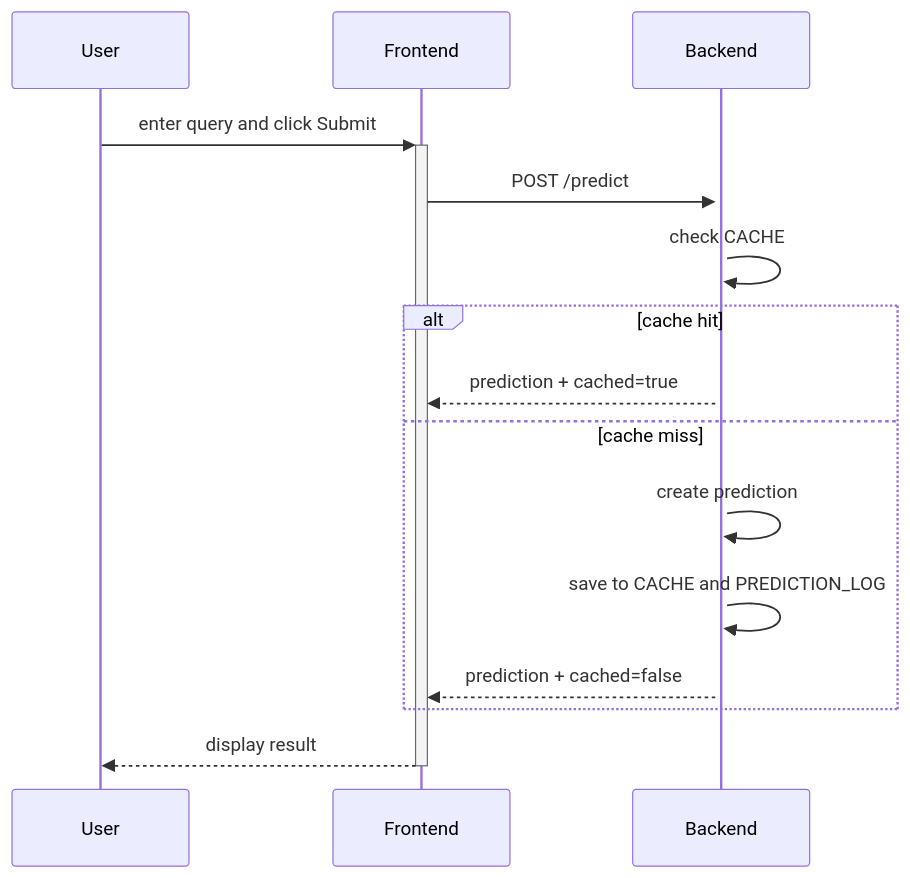
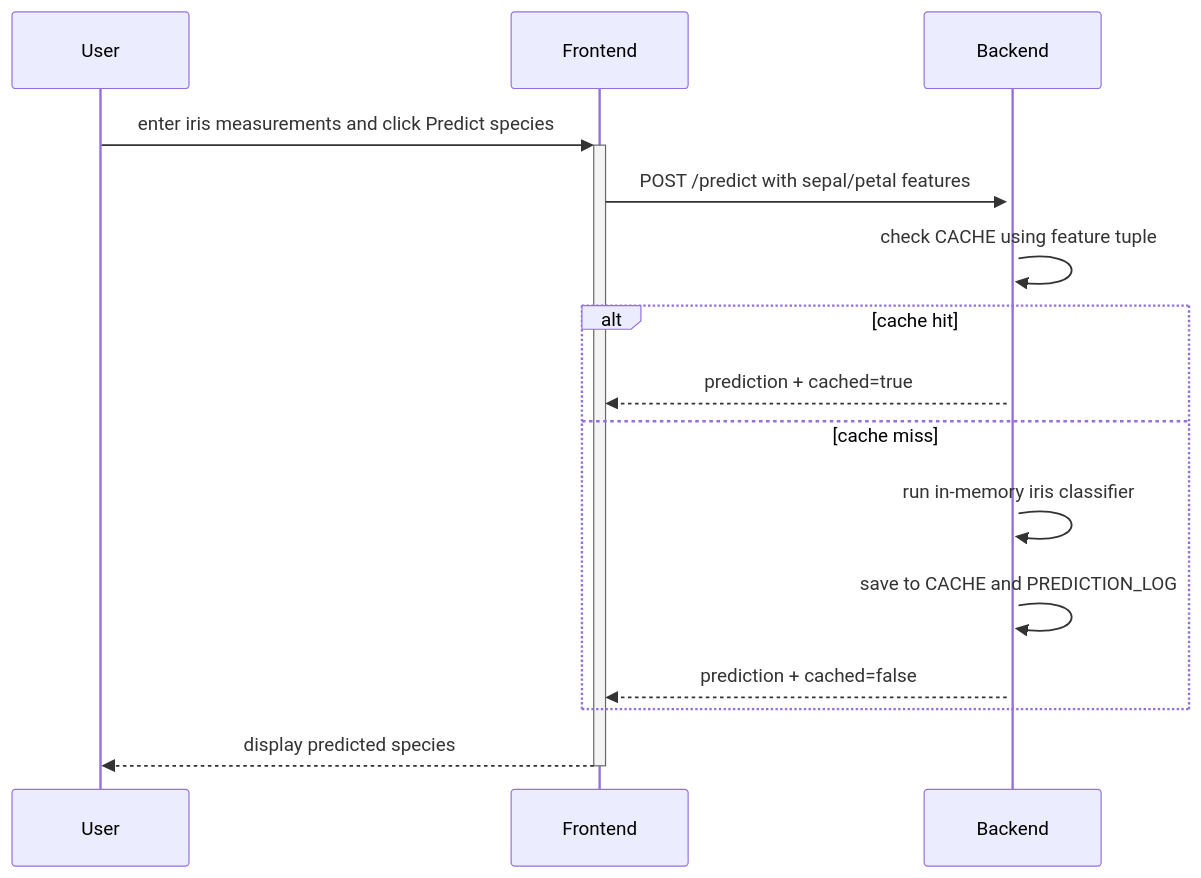
One commit to markw56127/stat418-tools-in-datascience-2026 changed the third of 3 diagrams in week-9/examples/fullstack-app/README.md. Above: the diagram before and after it, drawn with Mermaid. The commit also changed other lines of this file and 5 other files, not shown here.

````diff
--- a/week-9/examples/fullstack-app/README.md
+++ b/week-9/examples/fullstack-app/README.md
@@ -61,14 +61,14 @@
 ```mermaid
 sequenceDiagram
-    User->>+Frontend: enter query and click Submit
-    Frontend->>+Backend: POST /predict
-    Backend->>Backend: check CACHE
+    User->>+Frontend: enter iris measurements and click Predict species
+    Frontend->>+Backend: POST /predict with sepal/petal features
+    Backend->>Backend: check CACHE using feature tuple
     alt cache hit
         Backend-->>Frontend: prediction + cached=true
     else cache miss
-        Backend->>Backend: create prediction
+        Backend->>Backend: run in-memory iris classifier
         Backend->>Backend: save to CACHE and PREDICTION_LOG
         Backend-->>Frontend: prediction + cached=false
     end
-    Frontend-->>-User: display result
+    Frontend-->>-User: display predicted species
 ```
````
